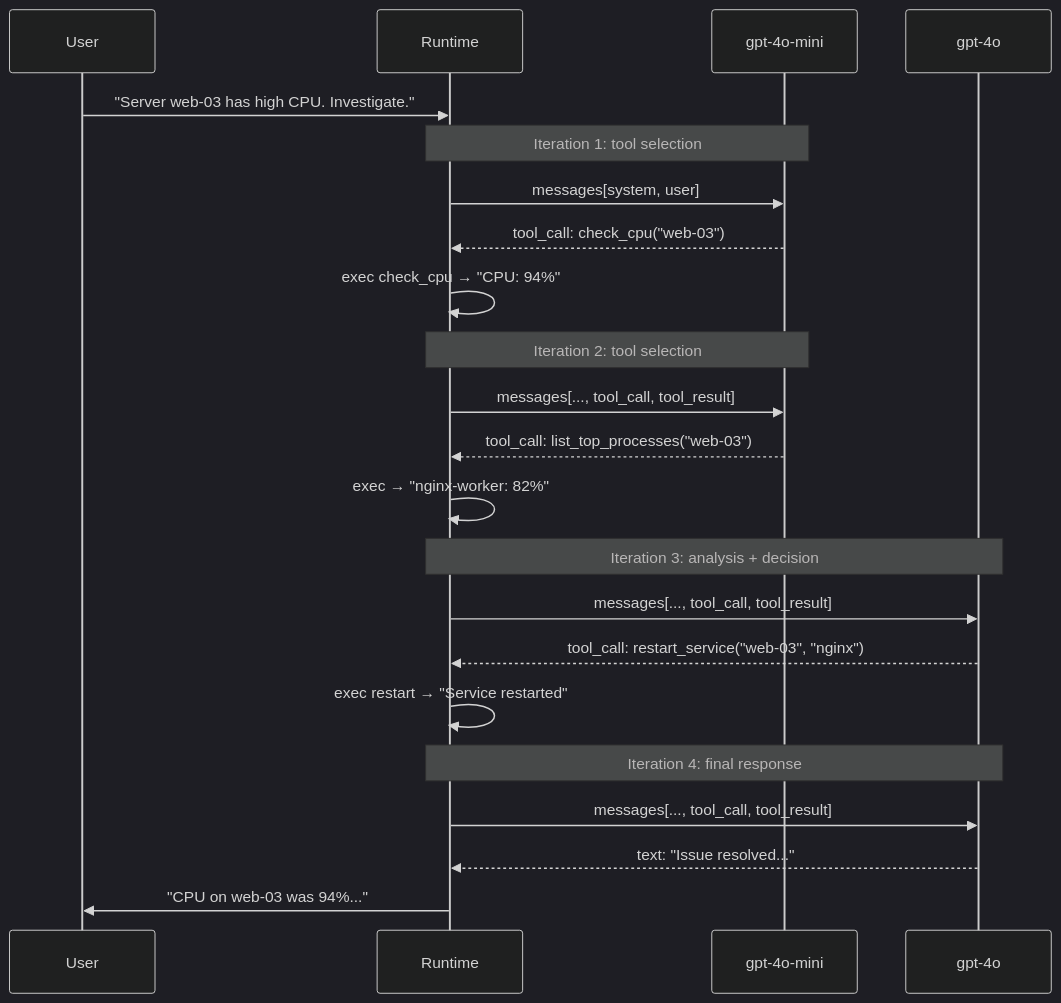
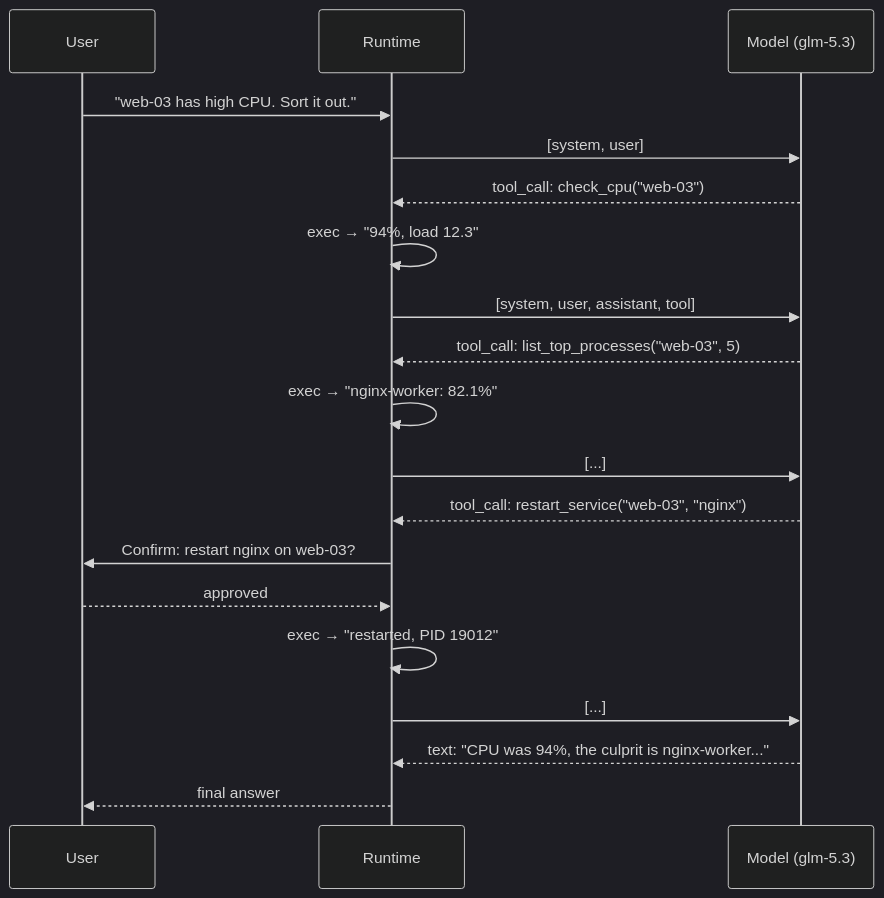
Before and after one commit to kshvakov/ai-agent-course: the diagram in book/04-autonomy-and-loops/README.md, drawn with Mermaid (dark theme). The commit also changed other lines of this file and 33 other files, not shown here.

````diff
--- a/book/04-autonomy-and-loops/README.md
+++ b/book/04-autonomy-and-loops/README.md
@@ -494,31 +637,22 @@
 ```mermaid
 sequenceDiagram
     participant U as User
     participant R as Runtime
-    participant Mini as gpt-4o-mini
-    participant Pro as gpt-4o
+    participant M as Model (glm-5.3)
 
-    U->>R: "Server web-03 has high CPU. Investigate."
-
-    Note over R,Mini: Iteration 1: tool selection
-    R->>Mini: messages[system, user]
-    Mini-->>R: tool_call: check_cpu("web-03")
-    R->>R: exec check_cpu → "CPU: 94%"
-
-    Note over R,Mini: Iteration 2: tool selection
-    R->>Mini: messages[..., tool_call, tool_result]
-    Mini-->>R: tool_call: list_top_processes("web-03")
-    R->>R: exec → "nginx-worker: 82%"
-
-    Note over R,Pro: Iteration 3: analysis + decision
-    R->>Pro: messages[..., tool_call, tool_result]
-    Pro-->>R: tool_call: restart_service("web-03", "nginx")
-
-    R->>R: exec restart → "Service restarted"
-
-    Note over R,Pro: Iteration 4: final response
-    R->>Pro: messages[..., tool_call, tool_result]
-    Pro-->>R: text: "Issue resolved..."
-
-    R->>U: "CPU on web-03 was 94%..."
+    U->>R: "web-03 has high CPU. Sort it out."
+    R->>M: [system, user]
+    M-->>R: tool_call: check_cpu("web-03")
+    R->>R: exec → "94%, load 12.3"
+    R->>M: [system, user, assistant, tool]
+    M-->>R: tool_call: list_top_processes("web-03", 5)
+    R->>R: exec → "nginx-worker: 82.1%"
+    R->>M: [...]
+    M-->>R: tool_call: restart_service("web-03", "nginx")
+    R->>U: Confirm: restart nginx on web-03?
+    U-->>R: approved
+    R->>R: exec → "restarted, PID 19012"
+    R->>M: [...]
+    M-->>R: text: "CPU was 94%, the culprit is nginx-worker..."
+    R-->>U: final answer
 ```
````
